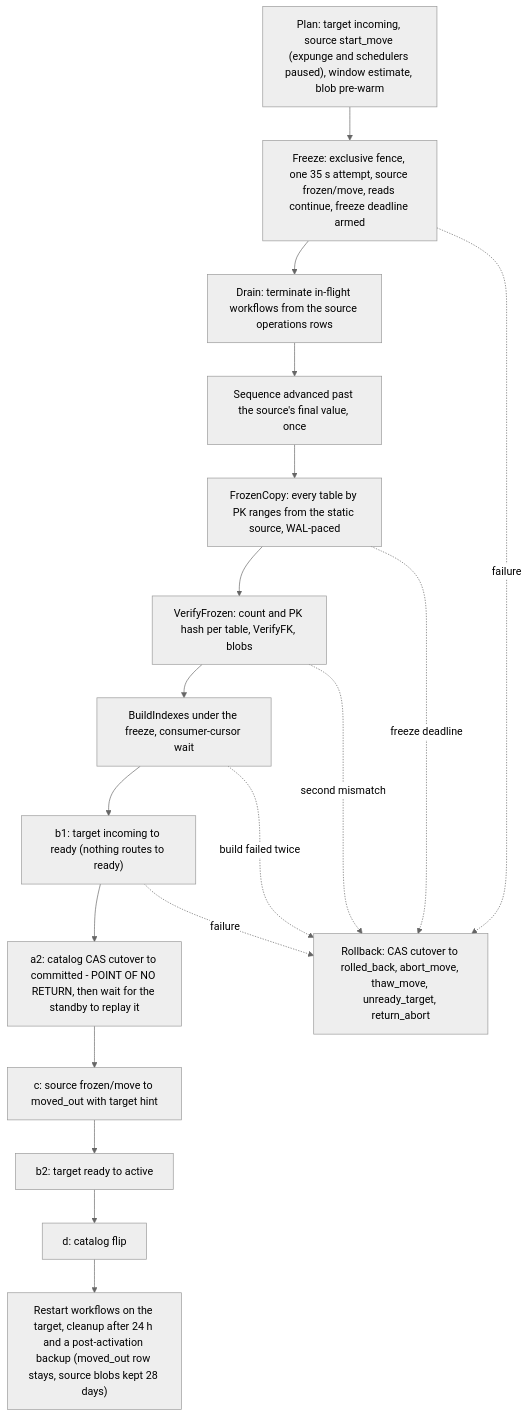
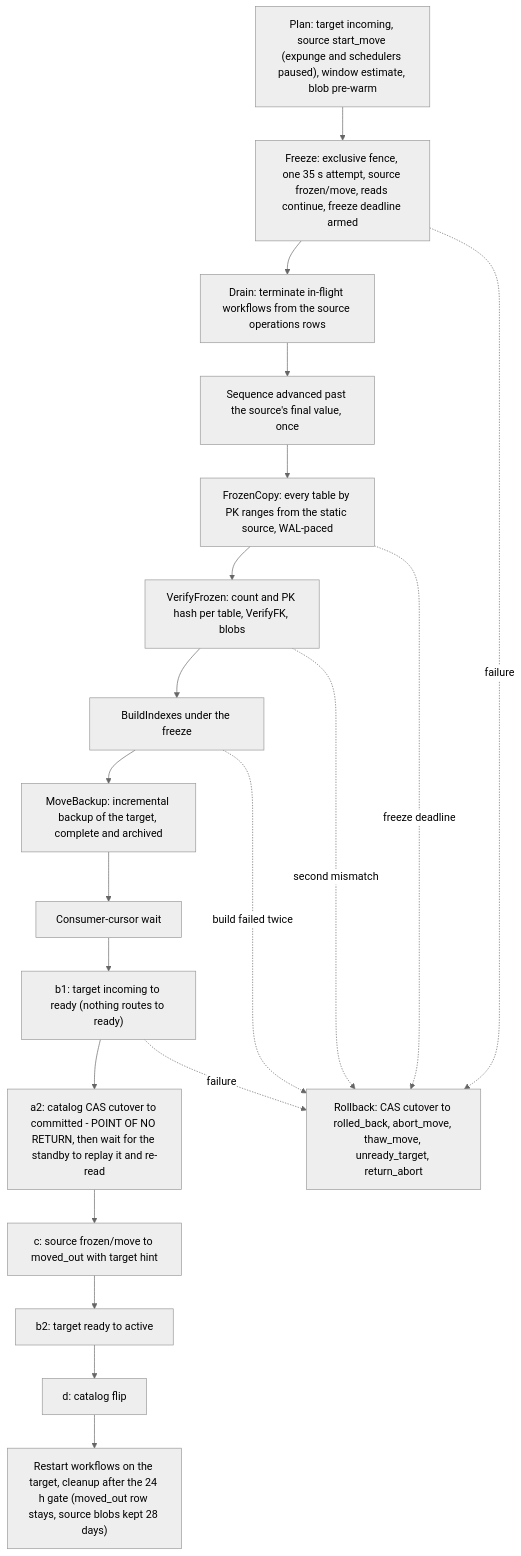
Before and after one commit to gstamatakis95/agent-memory-benchmark: the sixth of 6 diagrams in plans/engram/sections/01-architecture.md, drawn with Mermaid (neutral theme). The commit also changed other lines of this file and 41 other files, not shown here.

First line of the commit message:
D26 data model + SQL applied (move backup, cleanup gate, catalog_replicated); register naming fixes

````diff
--- a/plans/engram/sections/01-architecture.md
+++ b/plans/engram/sections/01-architecture.md
@@ -589,23 +584,25 @@
 ```mermaid
 flowchart TB
   P["Plan: target incoming, source start_move (expunge and schedulers paused), window estimate, blob pre-warm"]
   F["Freeze: exclusive fence, one 35 s attempt, source frozen/move, reads continue, freeze deadline armed"]
   D["Drain: terminate in-flight workflows from the source operations rows"]
   S["Sequence advanced past the source's final value, once"]
   C["FrozenCopy: every table by PK ranges from the static source, WAL-paced"]
   V["VerifyFrozen: count and PK hash per table, VerifyFK, blobs"]
-  IX["BuildIndexes under the freeze, consumer-cursor wait"]
+  IX["BuildIndexes under the freeze"]
+  MB["MoveBackup: incremental backup of the target, complete and archived"]
+  CW["Consumer-cursor wait"]
   B1["b1: target incoming to ready (nothing routes to ready)"]
-  A2["a2: catalog CAS cutover to committed - POINT OF NO RETURN, then wait for the standby to replay it"]
+  A2["a2: catalog CAS cutover to committed - POINT OF NO RETURN, then wait for the standby to replay it and re-read"]
   CS["c: source frozen/move to moved_out with target hint"]
   B2["b2: target ready to active"]
   CD["d: catalog flip"]
-  RS["Restart workflows on the target, cleanup after 24 h and a post-activation backup (moved_out row stays, source blobs kept 28 days)"]
+  RS["Restart workflows on the target, cleanup after the 24 h gate (moved_out row stays, source blobs kept 28 days)"]
   RB["Rollback: CAS cutover to rolled_back, abort_move, thaw_move, unready_target, return_abort"]
-  P --> F --> D --> S --> C --> V --> IX --> B1 --> A2 --> CS --> B2 --> CD --> RS
+  P --> F --> D --> S --> C --> V --> IX --> MB --> CW --> B1 --> A2 --> CS --> B2 --> CD --> RS
   F -.->|"failure"| RB
   C -.->|"freeze deadline"| RB
   V -.->|"second mismatch"| RB
   IX -.->|"build failed twice"| RB
   B1 -.->|"failure"| RB
 ```
````
